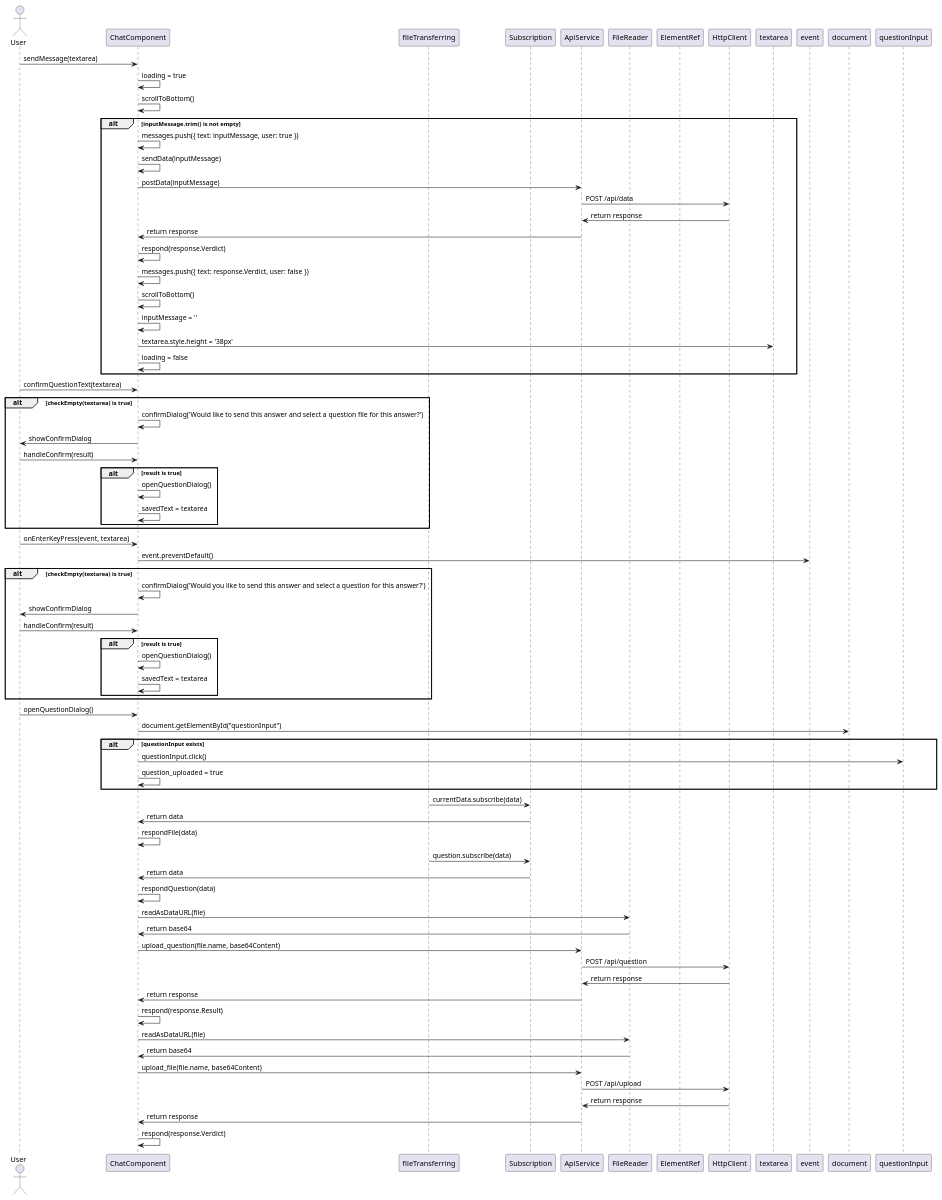
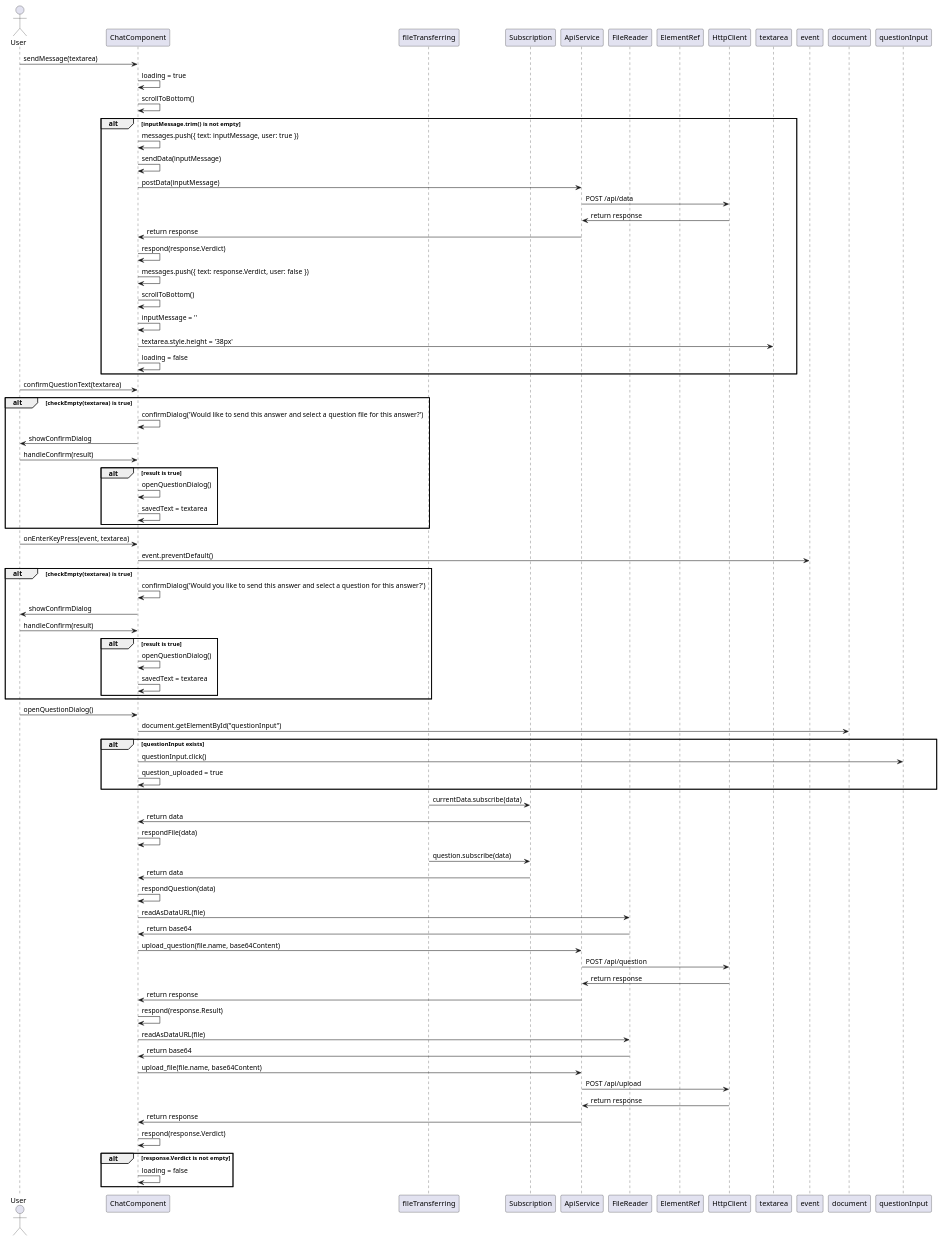
One commit to NoahS20/Grad-Project changed the diagram in Diagrams/Sequence Diagrams/Front End/chatcomponent.wsd. Above: the diagram before and after it, drawn with PlantUML. The commit also changed 21 other files, not shown here.

Commit message:
Added functionality that returns error message if the files are the wrong type. Added functionality to detect if all files are question files. Fixed issue where when uploading files it keeps scrolling. Updated diagrams

```diff
--- a/Diagrams/Sequence Diagrams/Front End/chatcomponent.wsd
+++ b/Diagrams/Sequence Diagrams/Front End/chatcomponent.wsd
@@ -1,84 +1,87 @@
 @startuml
 actor User
 
 participant ChatComponent
 participant fileTransferring
 participant Subscription
 participant ApiService
 participant FileReader
 participant ElementRef
 participant HttpClient
 
 User -> ChatComponent: sendMessage(textarea)
 ChatComponent -> ChatComponent: loading = true
 ChatComponent -> ChatComponent: scrollToBottom()
 alt inputMessage.trim() is not empty
     ChatComponent -> ChatComponent: messages.push({ text: inputMessage, user: true })
     ChatComponent -> ChatComponent: sendData(inputMessage)
     ChatComponent -> ApiService: postData(inputMessage)
     ApiService -> HttpClient: POST /api/data
     HttpClient -> ApiService: return response
     ApiService -> ChatComponent: return response
     ChatComponent -> ChatComponent: respond(response.Verdict)
     ChatComponent -> ChatComponent: messages.push({ text: response.Verdict, user: false })
     ChatComponent -> ChatComponent: scrollToBottom()
     ChatComponent -> ChatComponent: inputMessage = ''
     ChatComponent -> textarea: textarea.style.height = '38px'
     ChatComponent -> ChatComponent: loading = false
 end
 
 User -> ChatComponent: confirmQuestionText(textarea)
 alt checkEmpty(textarea) is true
     ChatComponent -> ChatComponent: confirmDialog('Would like to send this answer and select a question file for this answer?')
     ChatComponent -> User: showConfirmDialog
     User -> ChatComponent: handleConfirm(result)
     alt result is true
         ChatComponent -> ChatComponent: openQuestionDialog()
         ChatComponent -> ChatComponent: savedText = textarea
     end
 end
 
 User -> ChatComponent: onEnterKeyPress(event, textarea)
 ChatComponent -> event: event.preventDefault()
 alt checkEmpty(textarea) is true
     ChatComponent -> ChatComponent: confirmDialog('Would you like to send this answer and select a question for this answer?')
     ChatComponent -> User: showConfirmDialog
     User -> ChatComponent: handleConfirm(result)
     alt result is true
         ChatComponent -> ChatComponent: openQuestionDialog()
         ChatComponent -> ChatComponent: savedText = textarea
     end
 end
 
 User -> ChatComponent: openQuestionDialog()
 ChatComponent -> document: document.getElementById("questionInput")
 alt questionInput exists
     ChatComponent -> questionInput: questionInput.click()
     ChatComponent -> ChatComponent: question_uploaded = true
 end
 
 fileTransferring -> Subscription: currentData.subscribe(data)
 Subscription -> ChatComponent: return data
 ChatComponent -> ChatComponent: respondFile(data)
 
 fileTransferring -> Subscription: question.subscribe(data)
 Subscription -> ChatComponent: return data
 ChatComponent -> ChatComponent: respondQuestion(data)
 
 ChatComponent -> FileReader: readAsDataURL(file)
 FileReader -> ChatComponent: return base64
 ChatComponent -> ApiService: upload_question(file.name, base64Content)
 ApiService -> HttpClient: POST /api/question
 HttpClient -> ApiService: return response
 ApiService -> ChatComponent: return response
 ChatComponent -> ChatComponent: respond(response.Result)
 
 ChatComponent -> FileReader: readAsDataURL(file)
 FileReader -> ChatComponent: return base64
 ChatComponent -> ApiService: upload_file(file.name, base64Content)
 ApiService -> HttpClient: POST /api/upload
 HttpClient -> ApiService: return response
 ApiService -> ChatComponent: return response
 ChatComponent -> ChatComponent: respond(response.Verdict)
+alt response.Verdict is not empty
+    ChatComponent -> ChatComponent: loading = false
+end
 
 @enduml
```
